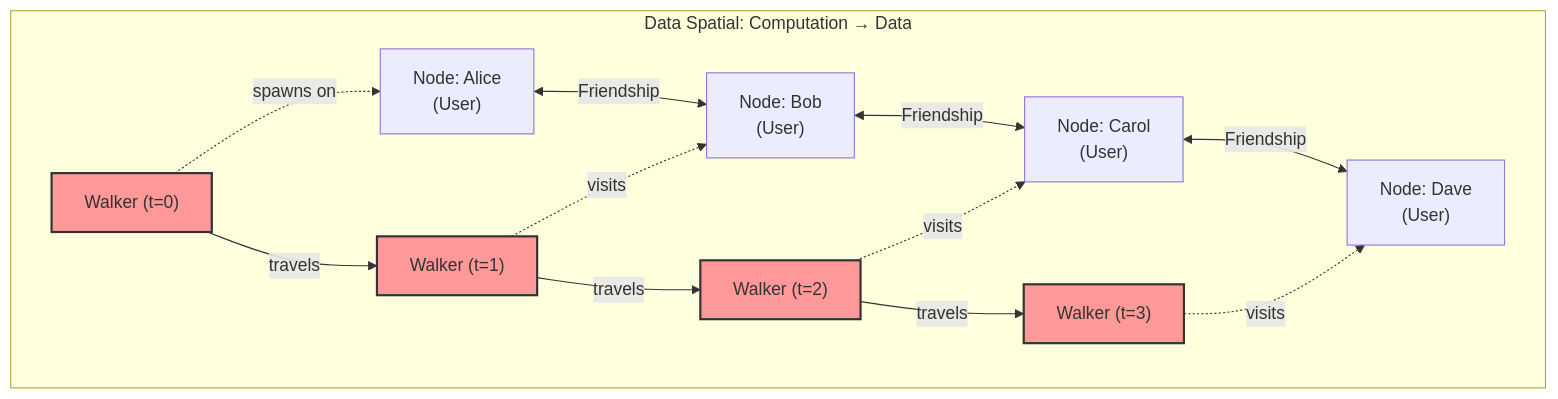
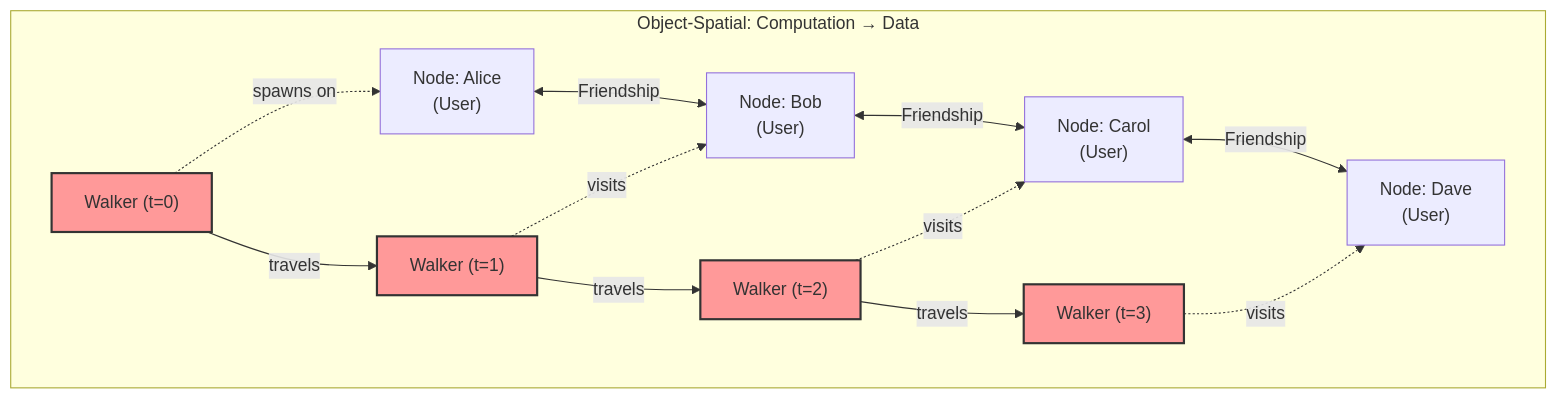
One commit to Gorgeous-Patrick/jaseci changed the second of 5 diagrams in docs/docs/jac_book/chapter_1.md. Above: the diagram before and after it, drawn with Mermaid. The commit also changed other lines of this file and 87 other files, not shown here.

Commit message:
Data spatial is now Object-spatial

````diff
--- a/docs/docs/jac_book/chapter_1.md
+++ b/docs/docs/jac_book/chapter_1.md
@@ -106,30 +106,30 @@
 ```mermaid
 graph TB
-    subgraph "Data Spatial: Computation → Data"
+    subgraph "Object-Spatial: Computation → Data"
         U1["Node: Alice<br/>(User)"]
         U2["Node: Bob<br/>(User)"]
         U3["Node: Carol<br/>(User)"]
         U4["Node: Dave<br/>(User)"]
 
         U1 <--> |"Friendship"| U2
         U2 <--> |"Friendship"| U3
         U3 <--> |"Friendship"| U4
 
         W1["Walker (t=0)"]
         W2["Walker (t=1)"]
         W3["Walker (t=2)"]
         W4["Walker (t=3)"]
 
         W1 -. "spawns on" .-> U1
         W2 -. "visits" .-> U2
         W3 -. "visits" .-> U3
         W4 -. "visits" .-> U4
 
         W1 -- "travels" --> W2 -- "travels" --> W3 -- "travels" --> W4
 
         style W1 fill:#ff9999,stroke:#333,stroke-width:2px
         style W2 fill:#ff9999,stroke:#333,stroke-width:2px
         style W3 fill:#ff9999,stroke:#333,stroke-width:2px
         style W4 fill:#ff9999,stroke:#333,stroke-width:2px
     end
 ```
````
